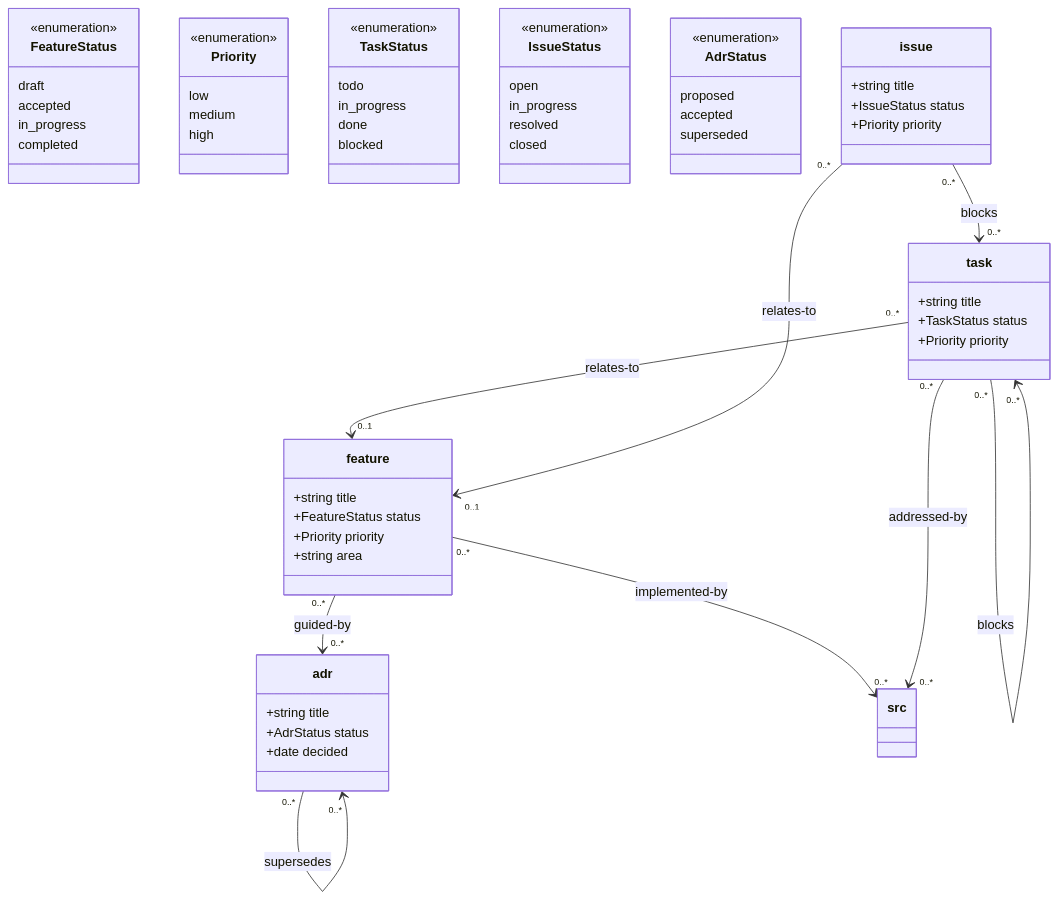
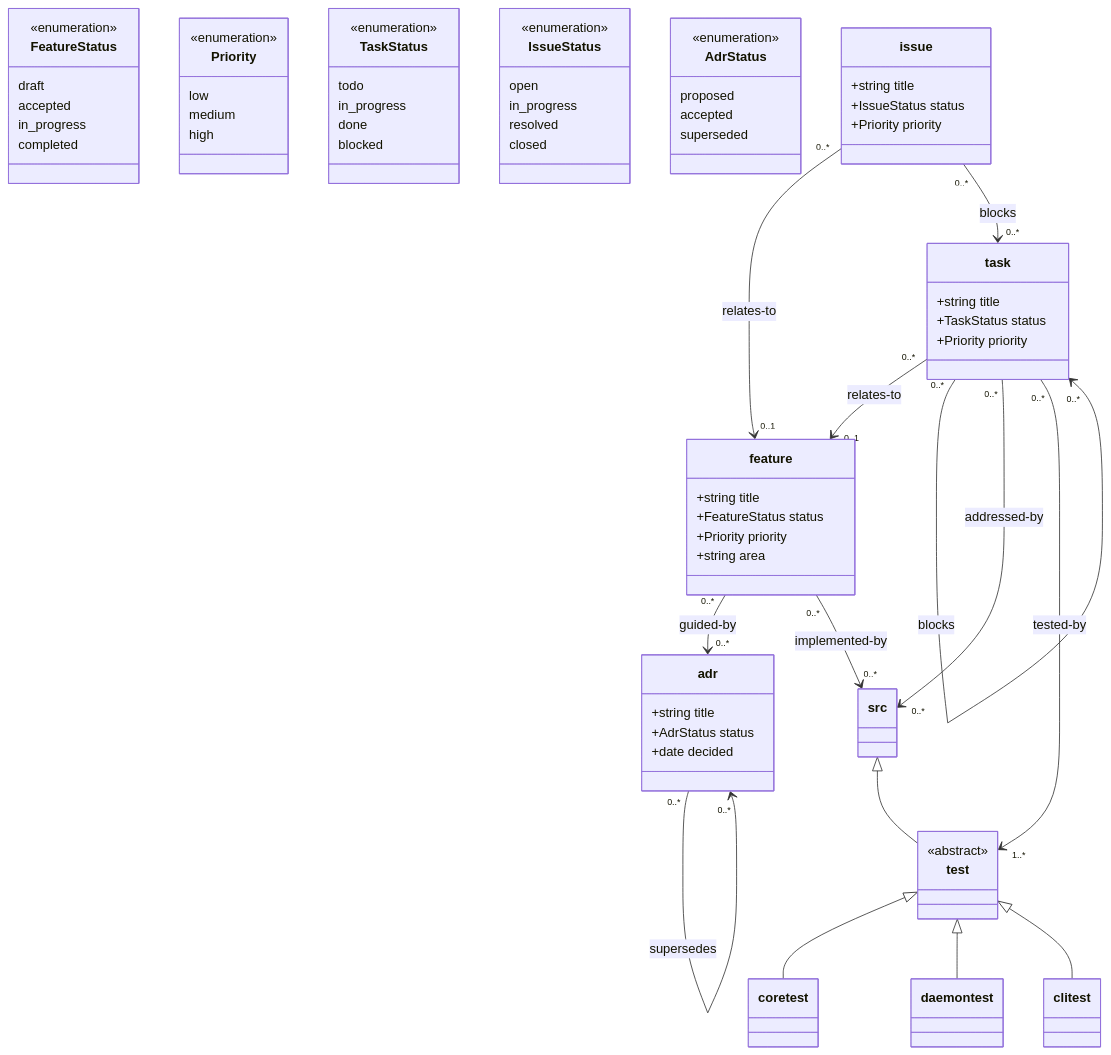
The diagram in design/document-model.mmd (ai4ci/prag), drawn with Mermaid before and after one commit. The commit also changed 40 other files, not shown here.

Commit message:
Add test classes to document model; require every task to be tested-by a suite

```diff
--- a/design/document-model.mmd
+++ b/design/document-model.mmd
@@ -1,108 +1,130 @@
 %% @prefix feature: <repo:design/features/> .
 %% @prefix task: <repo:design/tasks/> .
 %% @prefix issue: <repo:design/issues/> .
 %% @prefix adr: <repo:design/adrs/> .
 %% @prefix src: <repo:packages/> .
+%% @prefix coretest: <repo:packages/core/test/> .
+%% @prefix daemontest: <repo:packages/daemon/test/> .
+%% @prefix clitest: <repo:packages/cli/test/> .
 %% @prefix resource: <repo:design/resources/> .
 
 classDiagram
     %% Core lifecycle status for features from conception to completion
     class FeatureStatus {
         <<enumeration>>
         draft
         accepted
         in_progress
         completed
     }
 
     %% Triage priority for features, tasks, and issues
     class Priority {
         <<enumeration>>
         low
         medium
         high
     }
 
     %% Execution state for engineering work items
     class TaskStatus {
         <<enumeration>>
         todo
         in_progress
         done
         blocked
     }
 
     %% Problem/bug report state
     class IssueStatus {
         <<enumeration>>
         open
         in_progress
         resolved
         closed
     }
 
     %% Decision record state
     class AdrStatus {
         <<enumeration>>
         proposed
         accepted
         superseded
     }
 
     %% feature: Functional or architectural capability of prag (spec, requirements, and interfaces)
     class feature {
         +string title
         +FeatureStatus status
         +Priority priority
         +string area
     }
 
     %% task: Actionable engineering task representing concrete work to be implemented
     class task {
         +string title
         +TaskStatus status
         +Priority priority
     }
 
     %% issue: Defects, bugs, unexpected behaviors, or runtime regressions discovered in the system
     class issue {
         +string title
         +IssueStatus status
         +Priority priority
     }
 
     %% adr: Architectural Decision Record capturing context, options evaluated, and binding design decisions
     class adr {
         +string title
         +AdrStatus status
         +date decided
     }
 
     feature "0..*" --> "0..*" adr : guided-by
     feature "0..*" --> "0..*" src : implemented-by
     task "0..*" --> "0..1" feature : relates-to
     task "0..*" --> "0..*" task : blocks
     task "0..*" --> "0..*" src : addressed-by
     issue "0..*" --> "0..1" feature : relates-to
     issue "0..*" --> "0..*" task : blocks
     adr "0..*" --> "0..*" adr : supersedes
 
+    %% test: abstract source family for test files (per-package subclasses below)
+    class test {
+        <<abstract>>
+    }
+    class coretest
+    class daemontest
+    class clitest
+
+    %% Every task must name at least one test function that covers it.
+    %% Direction is task -> test so the edge lives in task frontmatter:
+    %% loom's reverse-link comments canonicalise a test anchor back to the
+    %% `src` scheme, which rejects a test-family relation.
+    task "0..*" --> "1..*" test : tested-by
+
+    src <|-- test
+    test <|-- coretest
+    test <|-- daemontest
+    test <|-- clitest
+
     %% @view feature_list
     %% SELECT uri
     %% FROM feature
     %% ORDER BY priority DESC
 
     %% @view adr_list
     %% SELECT uri
     %% FROM adr
     %% ORDER BY uri ASC
 
     %% @view issue_list
     %% SELECT uri
     %% FROM issue
     %% ORDER BY priority DESC
 
     %% @view task_list
     %% SELECT uri
     %% FROM task
     %% ORDER BY priority DESC
```
